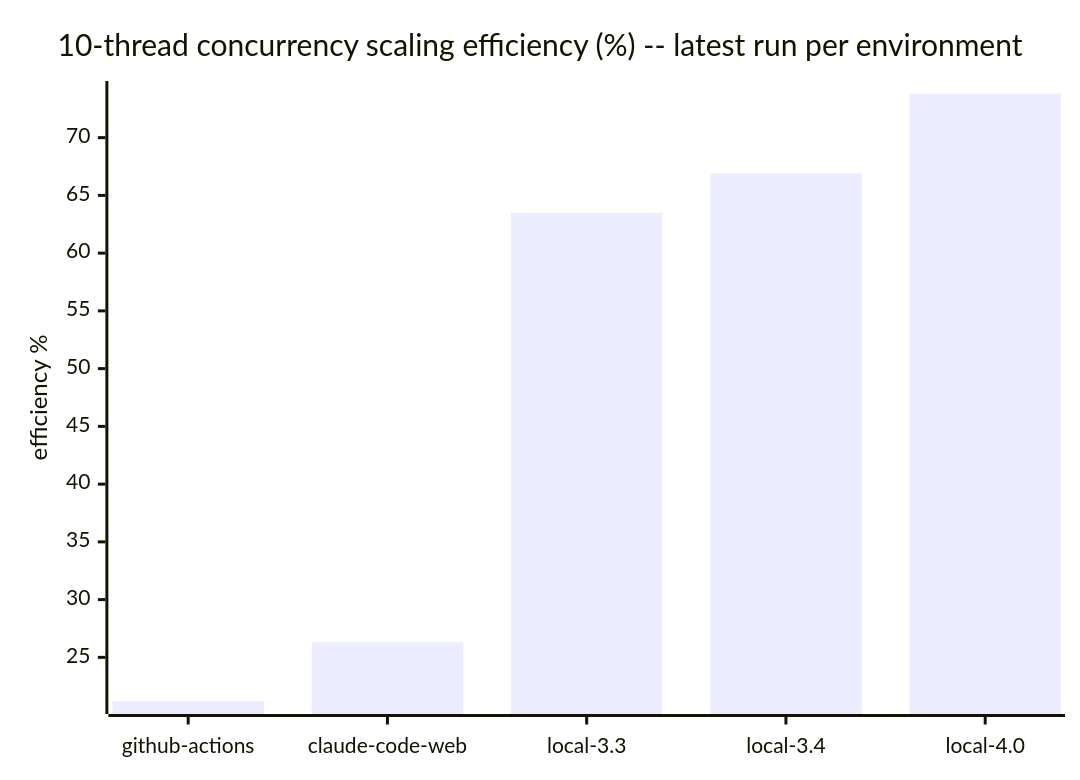
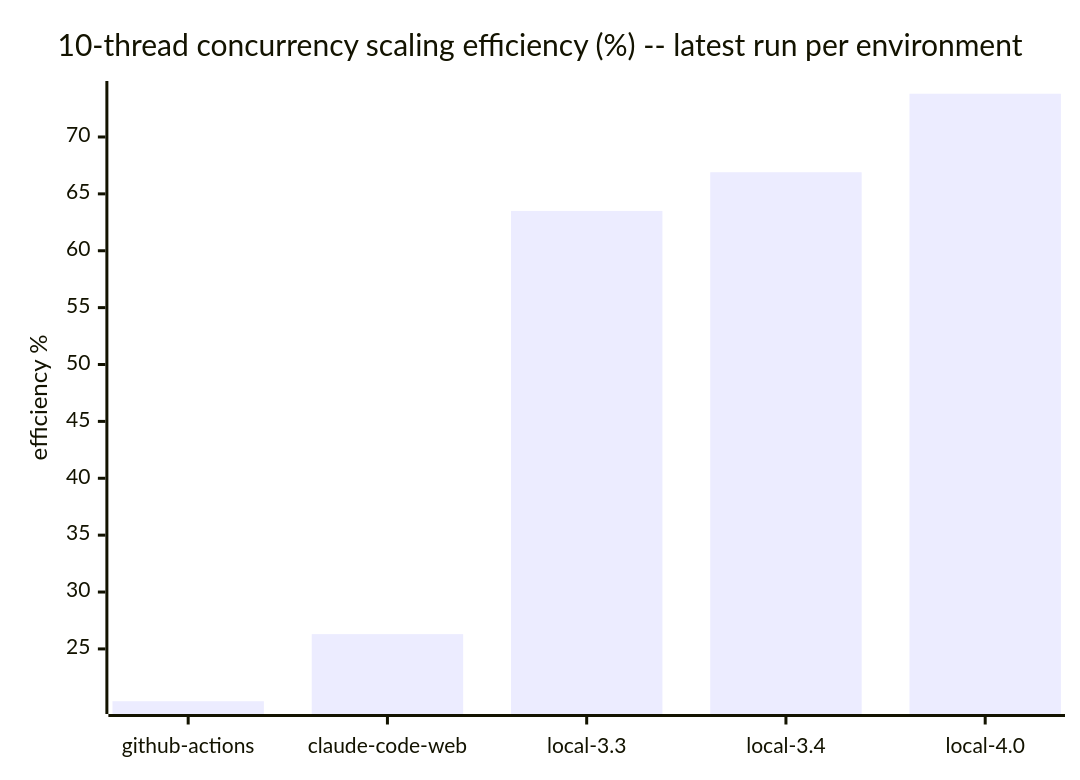
One commit to cpb/duckling changed the seventh of 7 diagrams in docs/benchmarks/README.md. Above: the diagram before and after it, drawn with Mermaid. The commit also changed other lines of this file and 1 other file, not shown here.

````diff
--- a/docs/benchmarks/README.md
+++ b/docs/benchmarks/README.md
@@ -223,7 +223,7 @@
 ```mermaid
 xychart-beta
     title "10-thread concurrency scaling efficiency (%) -- latest run per environment"
     x-axis [github-actions, claude-code-web, local-3.3, local-3.4, local-4.0]
     y-axis "efficiency %"
-    bar "efficiency_pct" [21.2, 26.3, 63.5, 66.9, 73.8]
+    bar "efficiency_pct" [20.4, 26.3, 63.5, 66.9, 73.8]
 ```
````
